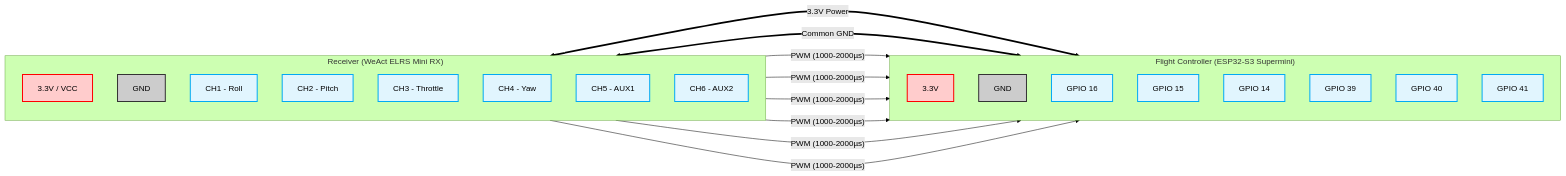
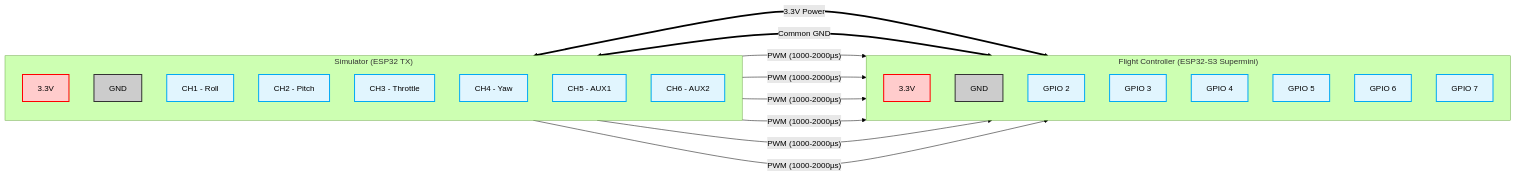
One commit to chinart123/ESP32-Quadcopter changed the diagram in docs/temp.md. Above: the diagram before and after it, drawn with Mermaid (forest theme).

Commit message:
docs[re-update]: initially testing system with 2 ESP32-S3(fix at 9.3 mermaid)

````diff
--- a/docs/temp.md
+++ b/docs/temp.md
@@ -508,44 +508,44 @@
 ```mermaid
 graph LR
-    subgraph RX ["Receiver (WeAct ELRS Mini RX)"]
+    subgraph TX ["Simulator (ESP32 TX)"]
         direction TB
-        VCC[3.3V / VCC]
+        VCC[3.3V]
         GND1[GND]
         CH1[CH1 - Roll]
         CH2[CH2 - Pitch]
         CH3[CH3 - Throttle]
         CH4[CH4 - Yaw]
         CH5[CH5 - AUX1]
         CH6[CH6 - AUX2]
     end
 
     subgraph FC ["Flight Controller (ESP32-S3 Supermini)"]
         direction TB
         V33[3.3V]
         GND2[GND]
-        P16[GPIO 16]
-        P15[GPIO 15]
-        P14[GPIO 14]
-        P39[GPIO 39]
-        P40[GPIO 40]
-        P41[GPIO 41]
+        P2[GPIO 2]
+        P3[GPIO 3]
+        P4[GPIO 4]
+        P5[GPIO 5]
+        P6[GPIO 6]
+        P7[GPIO 7]
     end
 
     VCC <== "3.3V Power" ===> V33
     GND1 <== "Common GND" ===> GND2
 
-    CH1 -- "PWM (1000-2000µs)" --> P16
-    CH2 -- "PWM (1000-2000µs)" --> P15
-    CH3 -- "PWM (1000-2000µs)" --> P14
-    CH4 -- "PWM (1000-2000µs)" --> P39
-    CH5 -- "PWM (1000-2000µs)" --> P40
-    CH6 -- "PWM (1000-2000µs)" --> P41
+    CH1 -- "PWM (1000-2000µs)" --> P2
+    CH2 -- "PWM (1000-2000µs)" --> P3
+    CH3 -- "PWM (1000-2000µs)" --> P4
+    CH4 -- "PWM (1000-2000µs)" --> P5
+    CH5 -- "PWM (1000-2000µs)" --> P6
+    CH6 -- "PWM (1000-2000µs)" --> P7
 
     style VCC fill:#ffcccc,stroke:#ff0000,stroke-width:2px
     style V33 fill:#ffcccc,stroke:#ff0000,stroke-width:2px
     style GND1 fill:#cccccc,stroke:#333333,stroke-width:2px
     style GND2 fill:#cccccc,stroke:#333333,stroke-width:2px
     
     classDef signal fill:#e1f5fe,stroke:#03a9f4,stroke-width:2px;
-    class CH1,CH2,CH3,CH4,CH5,CH6,P16,P15,P14,P39,P40,P41 signal;
+    class CH1,CH2,CH3,CH4,CH5,CH6,P2,P3,P4,P5,P6,P7 signal;
 ```
````
